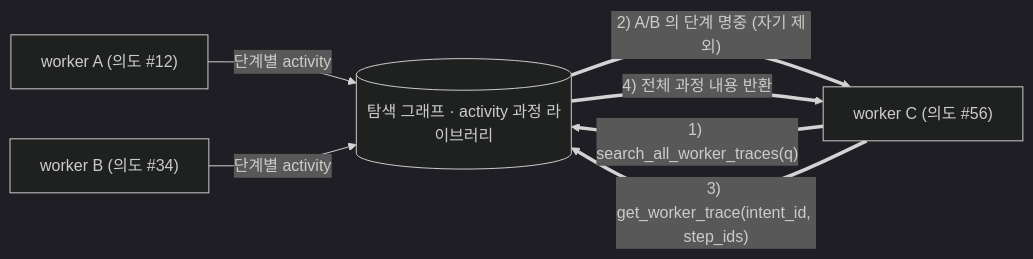
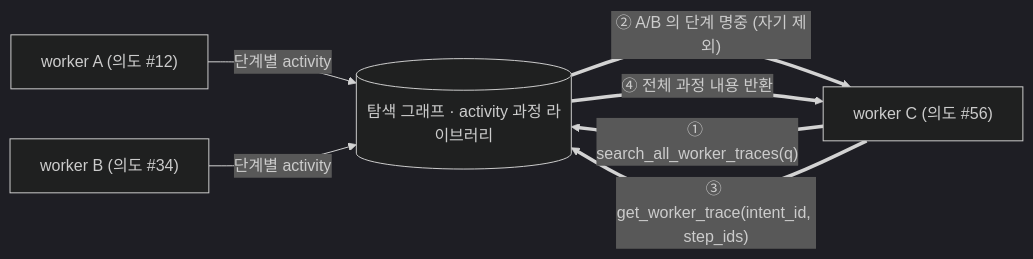
One commit to j5tv9nfzhn-hue/ARTEX-HYDRA changed the fourth of 5 diagrams in README.md. Above: the diagram before and after it, drawn with Mermaid (dark theme). The commit also changed 1 other file, not shown here.

Commit message:
docs(readme): worker 과정 교환 다이어그램 간선 라벨을 Mermaid 11 에서 깨지지 않는 원문자로 교체 — GitHub 현행 렌더러에서 "Unsupported markdown: list" 로 보이던 결함 해소 (G37)
G35 가 zh 에서 ko·en 로 옮긴 "worker 사이의 과정 단위 정보 교환" 다이어그램의
간선 라벨 네 개가 1)·2)·3)·4) 로 시작해, Mermaid 11(=GitHub 현행 마크다운
렌더러)이 이를 순서목록으로 오해하고 라벨을 "Unsupported markdown: list" 텍스트로
대체해 왔다. 접두를 ①②③④ 원문자로 바꿔 Mermaid 10·11 양쪽에서 렌더되게 한다.
같은 README 의 todolist 다이어그램이 이미 ①②③ 를 쓰므로 표기도 일관된다.
README.zh.md 는 상류 원문 보존본이라 미접촉(상류 유래 결함).

검증: mermaid-cli 11.4.2 로 ko·en 네 번째 블록 재렌더 CLEAN(이전 BROKEN),
PNG 육안 네 라벨 정상, diff 각 4줄 교체(두뇌·코드·링크·헤더 미변), 상대 링크 253
깨짐 0·헤더 23/23 대칭 유지.

````diff
--- a/README.md
+++ b/README.md
@@ -287,9 +287,9 @@
 ```mermaid
 flowchart LR
   WA["worker A (의도 #12)"] -->|"단계별 activity"| ACT[("탐색 그래프 · activity 과정 라이브러리")]
   WB["worker B (의도 #34)"] -->|"단계별 activity"| ACT
-  WC["worker C (의도 #56)"] ==>|"1) search_all_worker_traces(q)"| ACT
-  ACT ==>|"2) A/B 의 단계 명중 (자기 제외)"| WC
-  WC ==>|"3) get_worker_trace(intent_id, step_ids)"| ACT
-  ACT ==>|"4) 전체 과정 내용 반환"| WC
+  WC["worker C (의도 #56)"] ==>|"① search_all_worker_traces(q)"| ACT
+  ACT ==>|"② A/B 의 단계 명중 (자기 제외)"| WC
+  WC ==>|"③ get_worker_trace(intent_id, step_ids)"| ACT
+  ACT ==>|"④ 전체 과정 내용 반환"| WC
 ```
````
